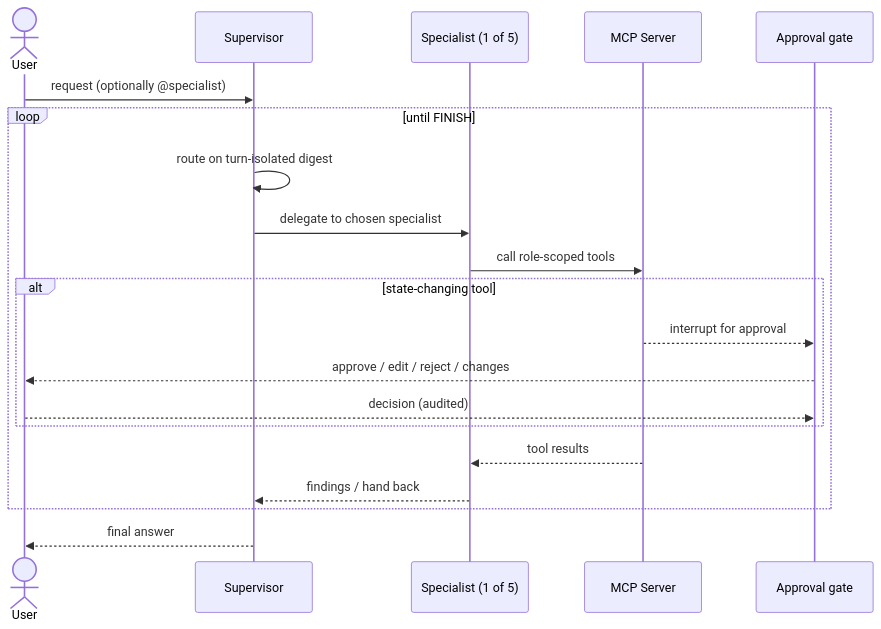
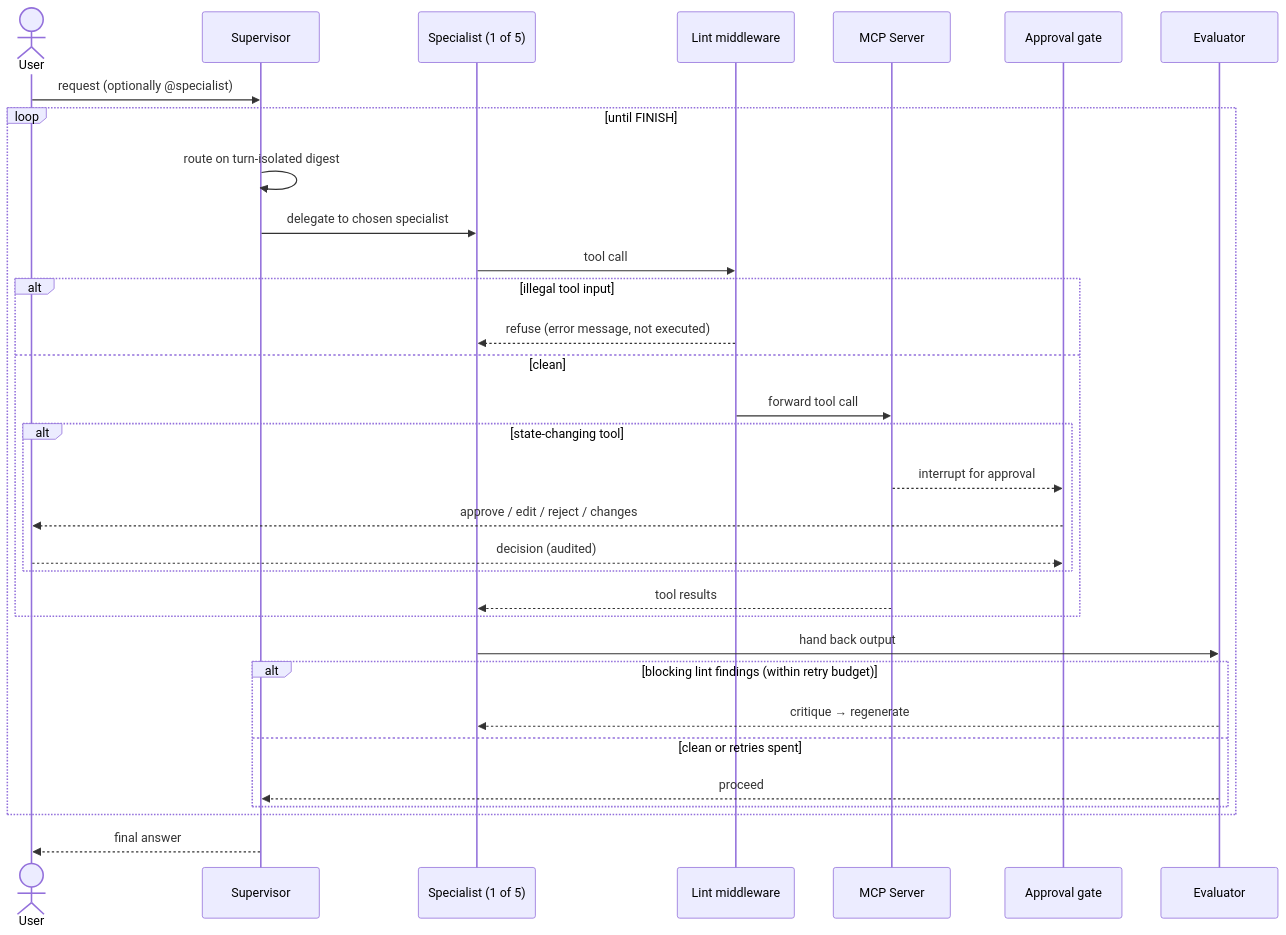
The fourth of 8 diagrams in README.md (akshayjain-1/ADEPT-Agentic-Detection-Engineering-Orchestration-Pipeline-and-Tuning), drawn with Mermaid before and after one commit. The commit also changed other lines of this file and 36 other files, not shown here.

````diff
--- a/README.md
+++ b/README.md
@@ -159,23 +198,35 @@
 ```mermaid
 sequenceDiagram
     actor User
     participant Sup as Supervisor
     participant Spec as Specialist (1 of 5)
+    participant Lint as Lint middleware
     participant MCP as MCP Server
     participant Gate as Approval gate
+    participant Eval as Evaluator
 
     User->>Sup: request (optionally @specialist)
     loop until FINISH
         Sup->>Sup: route on turn-isolated digest
         Sup->>Spec: delegate to chosen specialist
-        Spec->>MCP: call role-scoped tools
-        alt state-changing tool
-            MCP-->>Gate: interrupt for approval
-            Gate-->>User: approve / edit / reject / changes
-            User-->>Gate: decision (audited)
+        Spec->>Lint: tool call
+        alt illegal tool input
+            Lint-->>Spec: refuse (error message, not executed)
+        else clean
+            Lint->>MCP: forward tool call
+            alt state-changing tool
+                MCP-->>Gate: interrupt for approval
+                Gate-->>User: approve / edit / reject / changes
+                User-->>Gate: decision (audited)
+            end
+            MCP-->>Spec: tool results
         end
-        MCP-->>Spec: tool results
-        Spec-->>Sup: findings / hand back
+        Spec->>Eval: hand back output
+        alt blocking lint findings (within retry budget)
+            Eval-->>Spec: critique → regenerate
+        else clean or retries spent
+            Eval-->>Sup: proceed
+        end
     end
     Sup-->>User: final answer
 ```
````
